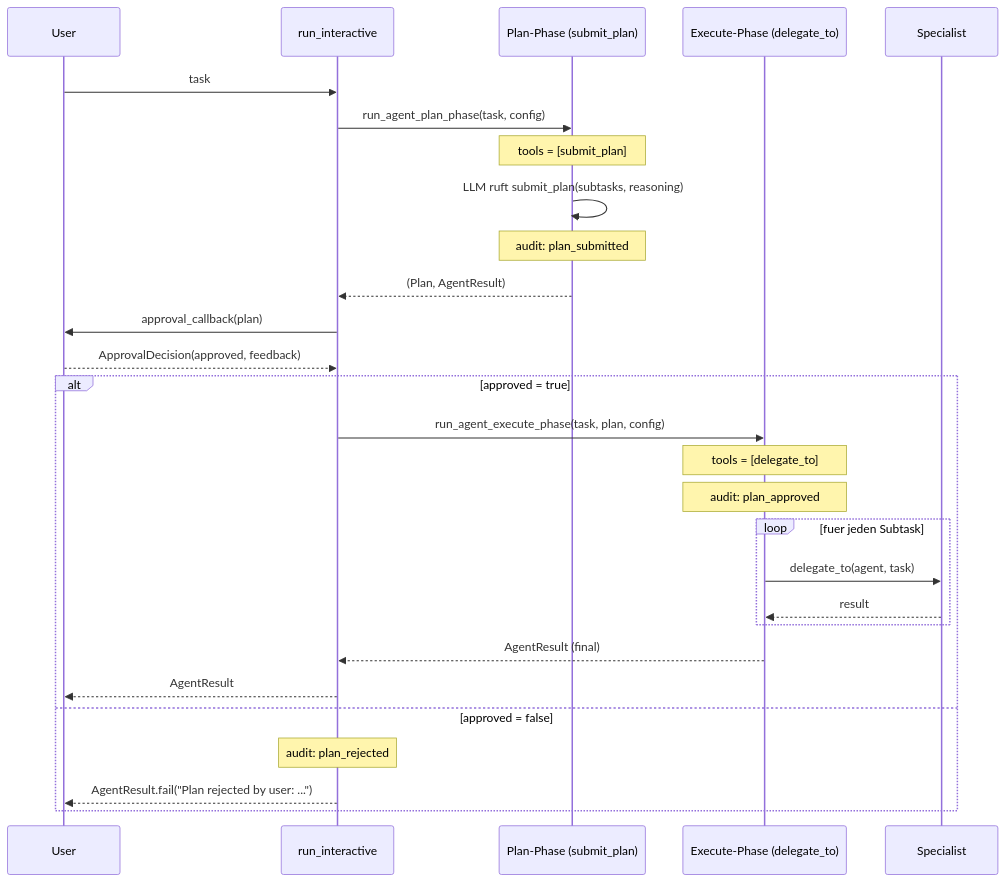
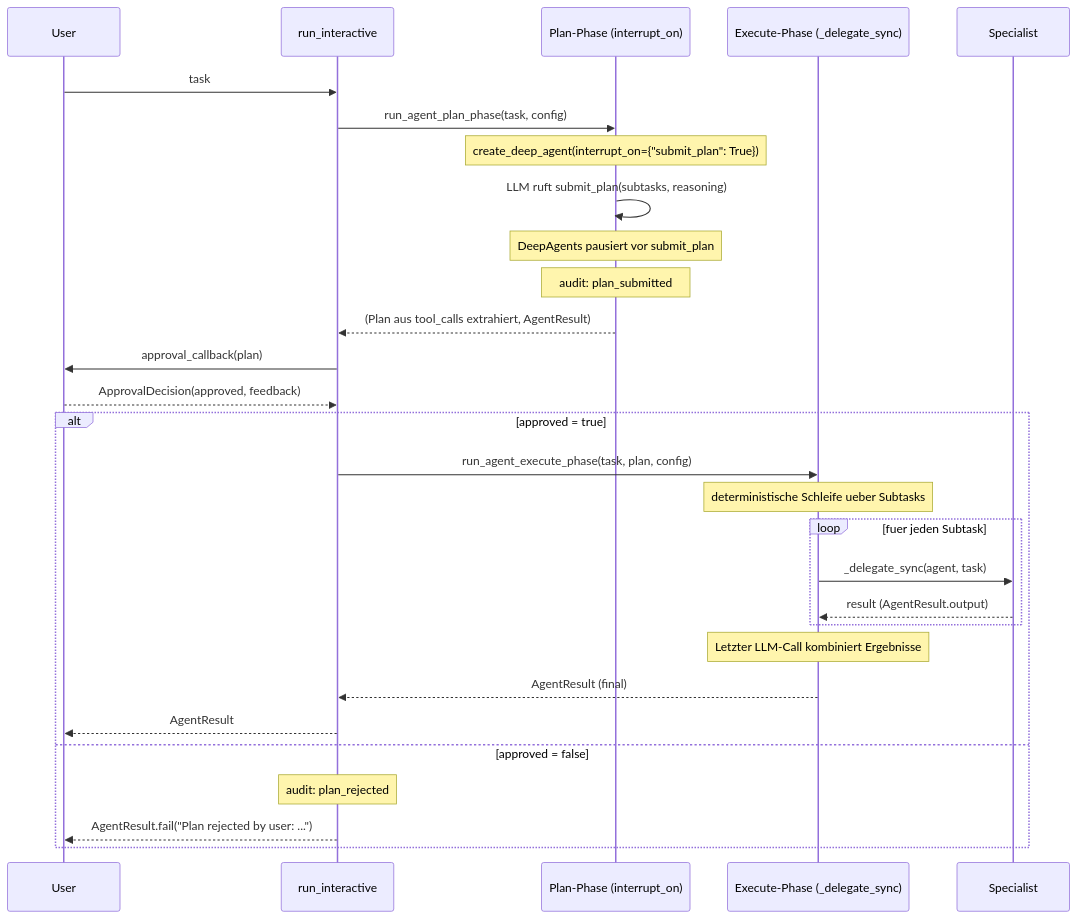
Before and after one commit to schraenko/agent-smith: the fifth of 8 diagrams in docs/architektur.md, drawn with Mermaid. The commit also changed other lines of this file and 26 other files, not shown here.

First line of the commit message:
DeepAgents-Migration + Doku-Update + misc-Ignore

````diff
--- a/docs/architektur.md
+++ b/docs/architektur.md
@@ -815,32 +898,33 @@
 ```mermaid
 sequenceDiagram
     participant U as User
     participant I as run_interactive
-    participant P as Plan-Phase (submit_plan)
-    participant E as Execute-Phase (delegate_to)
+    participant P as Plan-Phase (interrupt_on)
+    participant E as Execute-Phase (_delegate_sync)
     participant S as Specialist
 
     U->>I: task
     I->>P: run_agent_plan_phase(task, config)
-    Note over P: tools = [submit_plan]
+    Note over P: create_deep_agent(interrupt_on={"submit_plan": True})
     P->>P: LLM ruft submit_plan(subtasks, reasoning)
+    Note over P: DeepAgents pausiert vor submit_plan
     Note over P: audit: plan_submitted
-    P-->>I: (Plan, AgentResult)
+    P-->>I: (Plan aus tool_calls extrahiert, AgentResult)
     I->>U: approval_callback(plan)
     U-->>I: ApprovalDecision(approved, feedback)
 
     alt approved = true
         I->>E: run_agent_execute_phase(task, plan, config)
-        Note over E: tools = [delegate_to]
-        Note over E: audit: plan_approved
+        Note over E: deterministische Schleife ueber Subtasks
         loop fuer jeden Subtask
-            E->>S: delegate_to(agent, task)
-            S-->>E: result
+            E->>S: _delegate_sync(agent, task)
+            S-->>E: result (AgentResult.output)
         end
+        Note over E: Letzter LLM-Call kombiniert Ergebnisse
         E-->>I: AgentResult (final)
         I-->>U: AgentResult
     else approved = false
         Note over I: audit: plan_rejected
         I-->>U: AgentResult.fail("Plan rejected by user: ...")
     end
 ```
````
